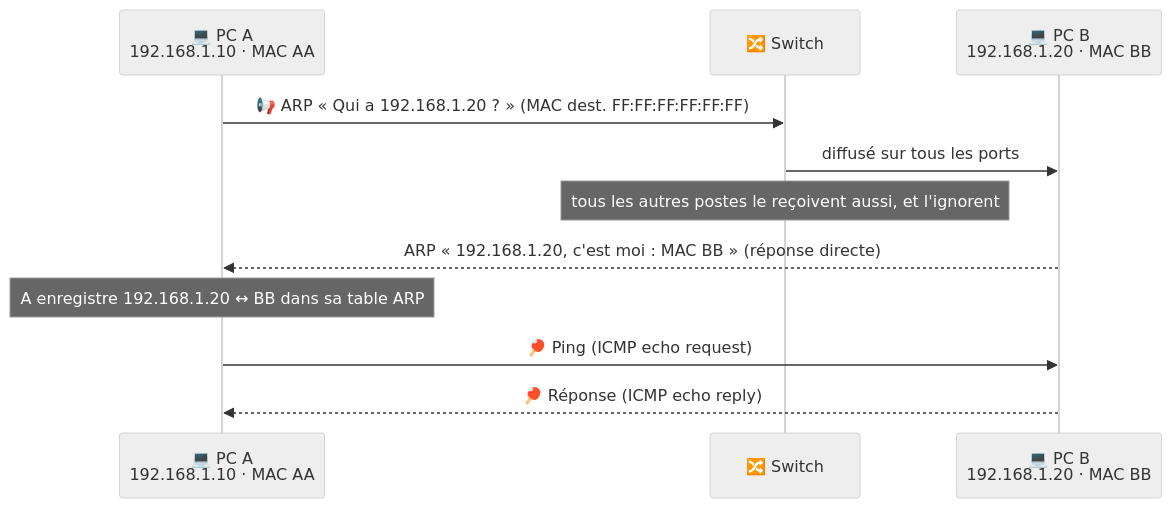
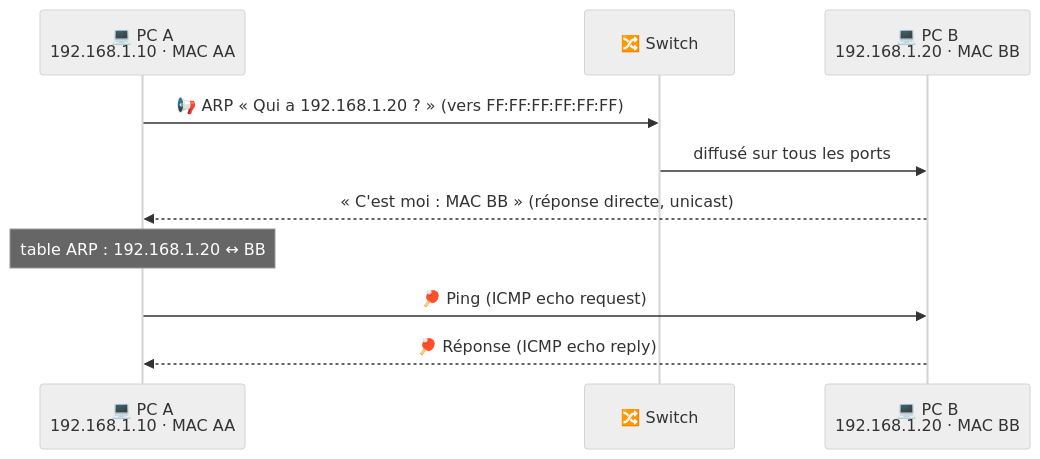
Before and after one commit to Maqi25/TSSR-COURS: the third of 3 diagrams in docs/cours/cours-01-bases-des-reseaux/module-4-la-communication/index.md, drawn with Mermaid (neutral theme). The commit also changed other lines of this file, not shown here.

````diff
--- a/docs/cours/cours-01-bases-des-reseaux/module-4-la-communication/index.md
+++ b/docs/cours/cours-01-bases-des-reseaux/module-4-la-communication/index.md
@@ -136,13 +115,12 @@
 ```mermaid
 sequenceDiagram
     participant A as 💻 PC A<br/>192.168.1.10 · MAC AA
     participant SW as 🔀 Switch
     participant B as 💻 PC B<br/>192.168.1.20 · MAC BB
-    A->>SW: 📢 ARP « Qui a 192.168.1.20 ? » (MAC dest. FF:FF:FF:FF:FF:FF)
+    A->>SW: 📢 ARP « Qui a 192.168.1.20 ? » (vers FF:FF:FF:FF:FF:FF)
     SW->>B: diffusé sur tous les ports
-    Note over SW: tous les autres postes le reçoivent aussi, et l'ignorent
-    B-->>A: ARP « 192.168.1.20, c'est moi : MAC BB » (réponse directe)
-    Note over A: A enregistre 192.168.1.20 ↔ BB dans sa table ARP
+    B-->>A: « C'est moi : MAC BB » (réponse directe, unicast)
+    Note over A: table ARP : 192.168.1.20 ↔ BB
     A->>B: 🏓 Ping (ICMP echo request)
     B-->>A: 🏓 Réponse (ICMP echo reply)
 ```
````
